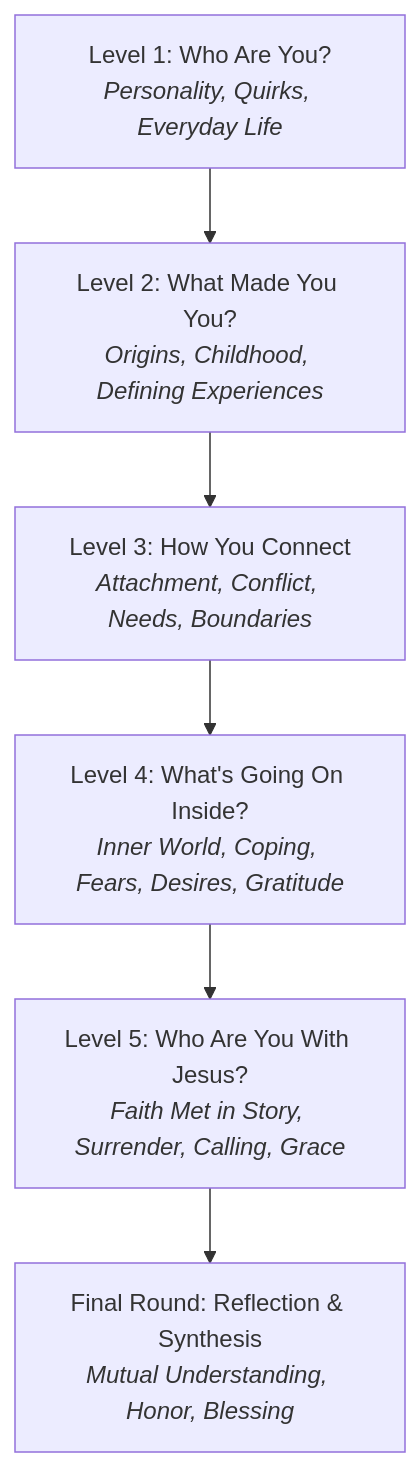
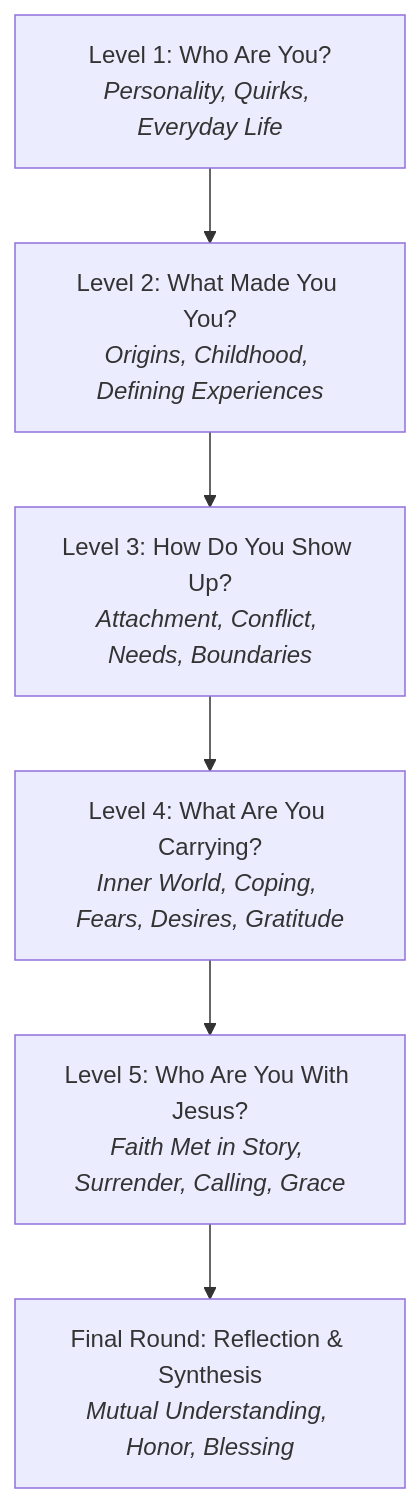
Before and after one commit to jjerwyn/holyground: the diagram in docs/holy-ground-questions.md, drawn with Mermaid. The commit also changed other lines of this file and 1 other file, not shown here.

Commit message:
chore: finalize Level 3 title to 'How Do You Show Up?' and Level 4 to 'What Are You Carrying?'

````diff
--- a/docs/holy-ground-questions.md
+++ b/docs/holy-ground-questions.md
@@ -11,8 +11,8 @@
 ```mermaid
 graph TD
     L1[Level 1: Who Are You?<br/><i>Personality, Quirks, Everyday Life</i>] --> L2[Level 2: What Made You You?<br/><i>Origins, Childhood, Defining Experiences</i>]
-    L2 --> L3[Level 3: How You Connect<br/><i>Attachment, Conflict, Needs, Boundaries</i>]
-    L3 --> L4[Level 4: What's Going On Inside?<br/><i>Inner World, Coping, Fears, Desires, Gratitude</i>]
+    L2 --> L3[Level 3: How Do You Show Up?<br/><i>Attachment, Conflict, Needs, Boundaries</i>]
+    L3 --> L4[Level 4: What Are You Carrying?<br/><i>Inner World, Coping, Fears, Desires, Gratitude</i>]
     L4 --> L5[Level 5: Who Are You With Jesus?<br/><i>Faith Met in Story, Surrender, Calling, Grace</i>]
     L5 --> FR[Final Round: Reflection & Synthesis<br/><i>Mutual Understanding, Honor, Blessing</i>]
 ```
````
